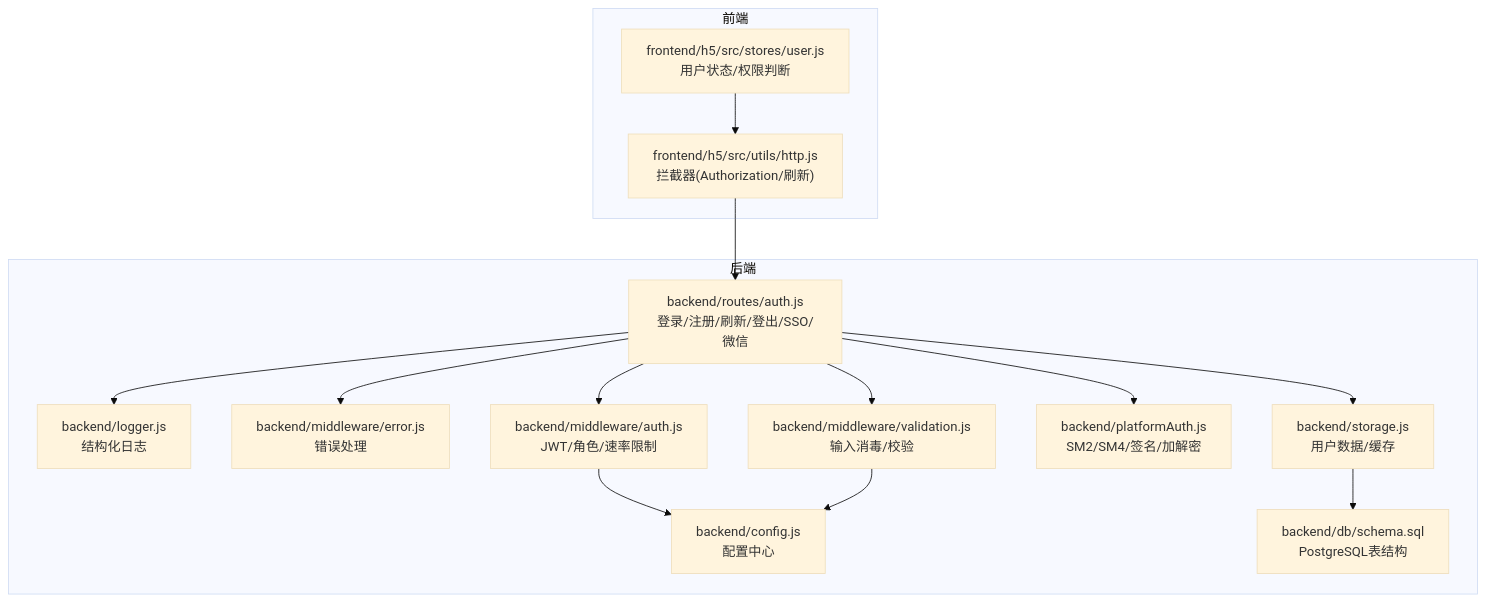
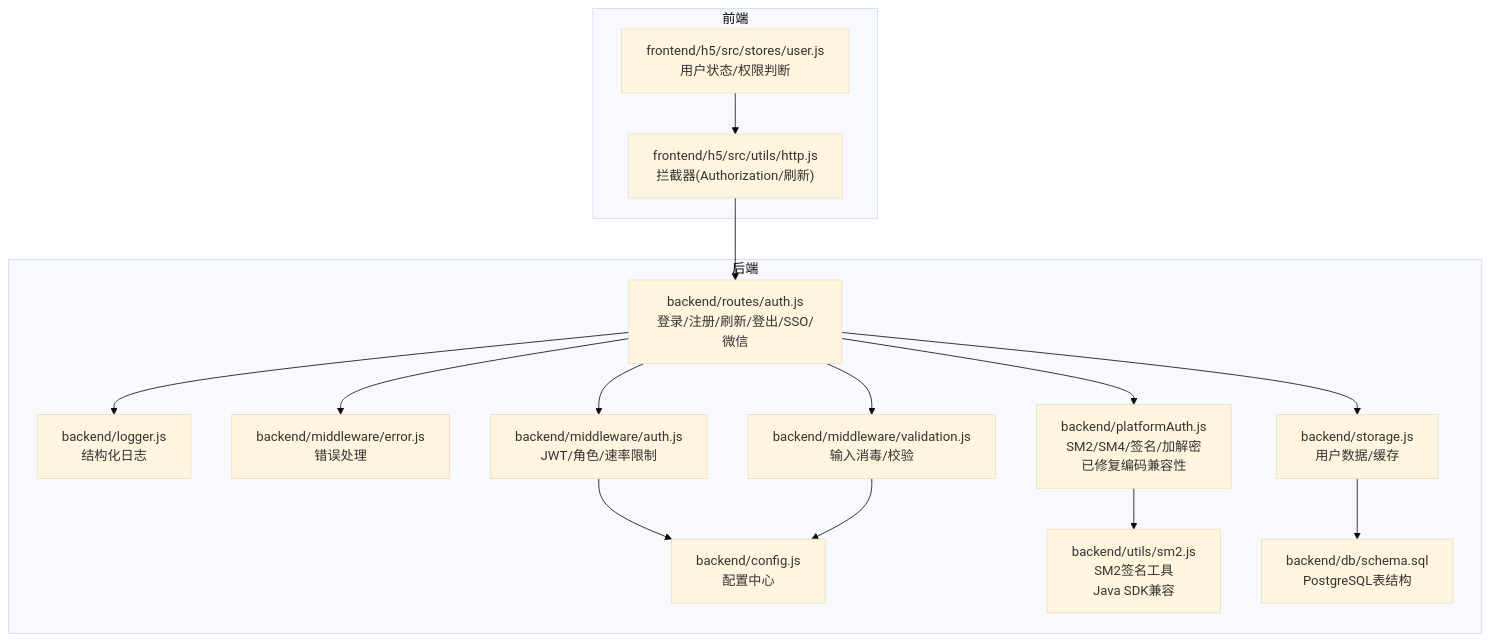
The first of 9 diagrams in .qoder/repowiki/zh/content/安全与权限/安全与权限.md (Giraffe-Han/microAPP), drawn with Mermaid (base theme) before and after one commit. The commit also changed other lines of this file and 10 other files, not shown here.

````diff
--- a/.qoder/repowiki/zh/content/安全与权限/安全与权限.md
+++ b/.qoder/repowiki/zh/content/安全与权限/安全与权限.md
@@ -48,29 +59,31 @@
 ```mermaid
 graph TB
 subgraph "前端"
 FE_HTTP["frontend/h5/src/utils/http.js<br/>拦截器(Authorization/刷新)"]
 FE_STORE["frontend/h5/src/stores/user.js<br/>用户状态/权限判断"]
 end
 subgraph "后端"
 CFG["backend/config.js<br/>配置中心"]
 LOG["backend/logger.js<br/>结构化日志"]
 ERR["backend/middleware/error.js<br/>错误处理"]
 VAL["backend/middleware/validation.js<br/>输入消毒/校验"]
 AUTHMW["backend/middleware/auth.js<br/>JWT/角色/速率限制"]
 ROUTE["backend/routes/auth.js<br/>登录/注册/刷新/登出/SSO/微信"]
-SSO["backend/platformAuth.js<br/>SM2/SM4/签名/加解密"]
+SSO["backend/platformAuth.js<br/>SM2/SM4/签名/加解密<br/>已修复编码兼容性"]
+UTILS["backend/utils/sm2.js<br/>SM2签名工具<br/>Java SDK兼容"]
 STORE["backend/storage.js<br/>用户数据/缓存"]
 PG["backend/db/schema.sql<br/>PostgreSQL表结构"]
 end
 FE_HTTP --> ROUTE
 FE_STORE --> FE_HTTP
 ROUTE --> AUTHMW
 ROUTE --> VAL
 ROUTE --> ERR
 ROUTE --> STORE
 ROUTE --> SSO
+SSO --> UTILS
 AUTHMW --> CFG
 VAL --> CFG
 STORE --> PG
 ROUTE --> LOG
 ```
````
